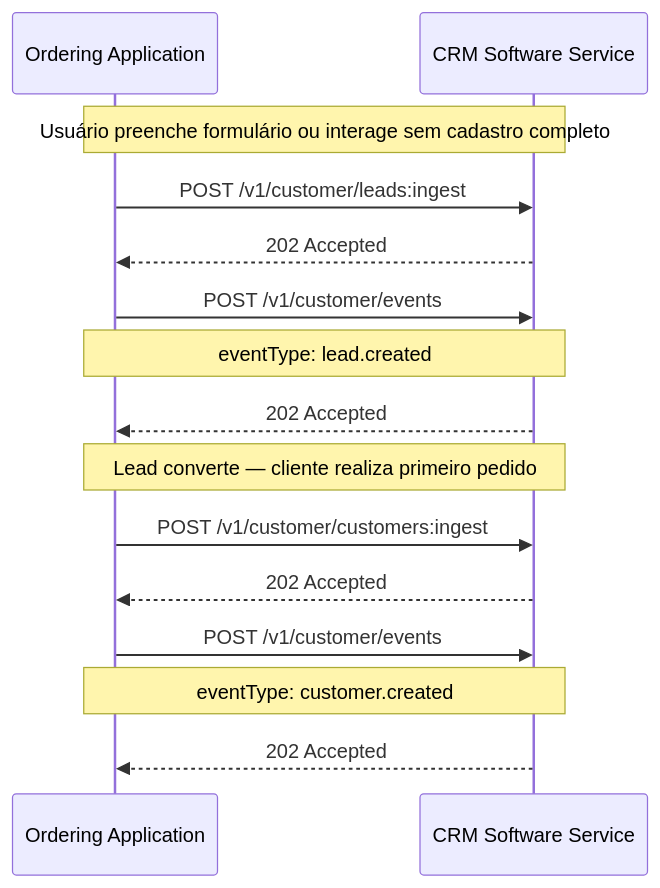
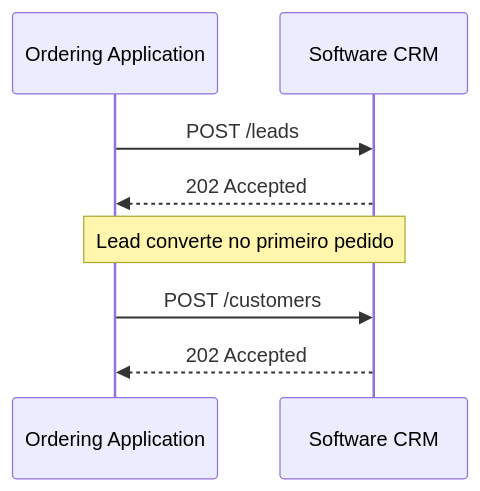
Before and after one commit to Abrasel-Nacional/opendelivery-v2: the third of 4 diagrams in docs/protocol/customer.md, drawn with Mermaid. The commit also changed other lines of this file and 230 other files, not shown here.

````diff
--- a/docs/protocol/customer.md
+++ b/docs/protocol/customer.md
@@ -141,20 +151,11 @@
 ```mermaid
 sequenceDiagram
-    participant OA as Ordering Application
-    participant CRM as CRM Software Service
+ participant OA as Ordering Application
+ participant SS as Software CRM
 
-    Note over OA,CRM: Usuário preenche formulário ou interage sem cadastro completo
-    OA->>CRM: POST /v1/customer/leads:ingest
-    CRM-->>OA: 202 Accepted
-
-    OA->>CRM: POST /v1/customer/events
-    Note over OA,CRM: eventType: lead.created
-    CRM-->>OA: 202 Accepted
-
-    Note over OA,CRM: Lead converte — cliente realiza primeiro pedido
-    OA->>CRM: POST /v1/customer/customers:ingest
-    CRM-->>OA: 202 Accepted
-    OA->>CRM: POST /v1/customer/events
-    Note over OA,CRM: eventType: customer.created
-    CRM-->>OA: 202 Accepted
+ OA->>SS: POST /leads
+ SS-->>OA: 202 Accepted
+ Note over OA,SS: Lead converte no primeiro pedido
+ OA->>SS: POST /customers
+ SS-->>OA: 202 Accepted
 ```
````
